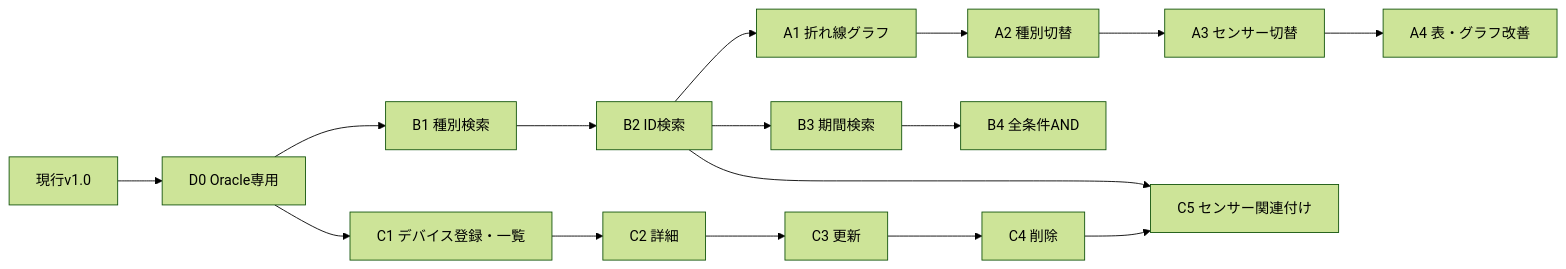
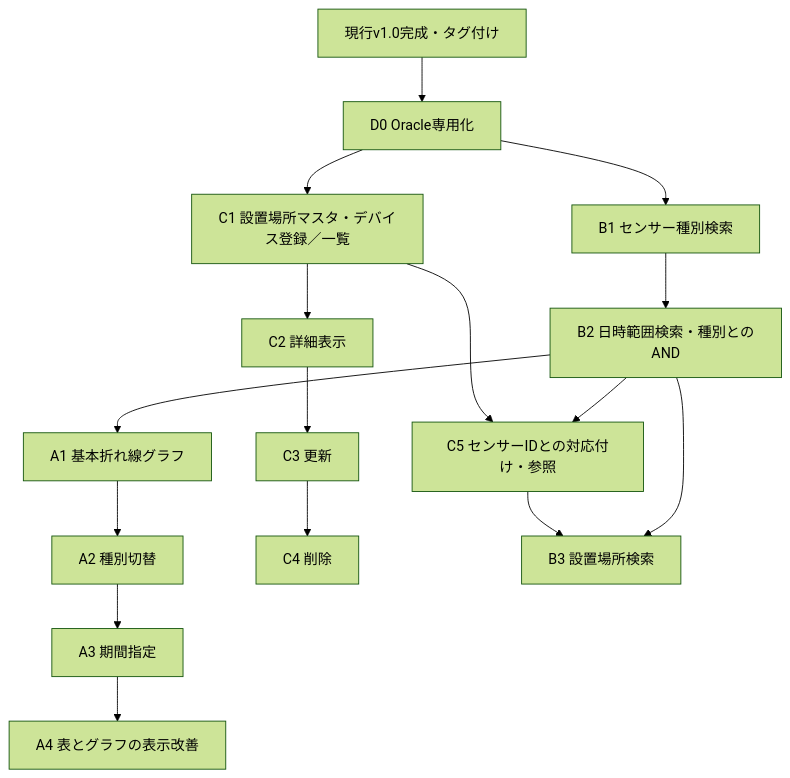
The diagram in docs/extensions/追加開発計画.md (t-hkd28/iot-service), drawn with Mermaid (forest theme) before and after one commit. The commit also changed other lines of this file and 24 other files, not shown here.

````diff
--- a/docs/extensions/追加開発計画.md
+++ b/docs/extensions/追加開発計画.md
@@ -9,18 +15,18 @@
 ```mermaid
-flowchart LR
- V1[現行v1.0] --> D0[D0 Oracle専用]
- D0 --> B1[B1 種別検索]
- B1 --> B2[B2 ID検索]
- B2 --> A1[A1 折れ線グラフ]
- A1 --> A2[A2 種別切替]
- A2 --> A3[A3 センサー切替]
- B2 --> B3[B3 期間検索]
- B3 --> B4[B4 全条件AND]
- A3 --> A4[A4 表・グラフ改善]
- D0 --> C1[C1 デバイス登録・一覧]
- C1 --> C2[C2 詳細]
- C2 --> C3[C3 更新]
- C3 --> C4[C4 削除]
- C4 --> C5[C5 センサー関連付け]
+flowchart TD
+ V1["現行v1.0完成・タグ付け"] --> D0["D0 Oracle専用化"]
+ D0 --> B1["B1 センサー種別検索"]
+ B1 --> B2["B2 日時範囲検索・種別とのAND"]
+ B2 --> A1["A1 基本折れ線グラフ"]
+ A1 --> A2["A2 種別切替"]
+ A2 --> A3["A3 期間指定"]
+ A3 --> A4["A4 表とグラフの表示改善"]
+ D0 --> C1["C1 設置場所マスタ・デバイス登録／一覧"]
+ C1 --> C2["C2 詳細表示"]
+ C2 --> C3["C3 更新"]
+ C3 --> C4["C4 削除"]
+ C1 --> C5["C5 センサーIDとの対応付け・参照"]
  B2 --> C5
+ C5 --> B3["B3 設置場所検索"]
+ B2 --> B3
 ```
````
